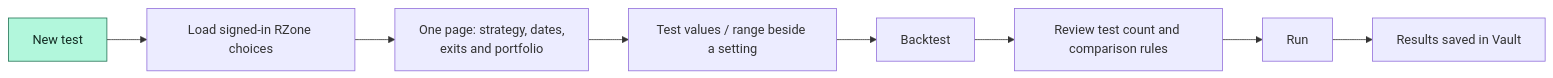
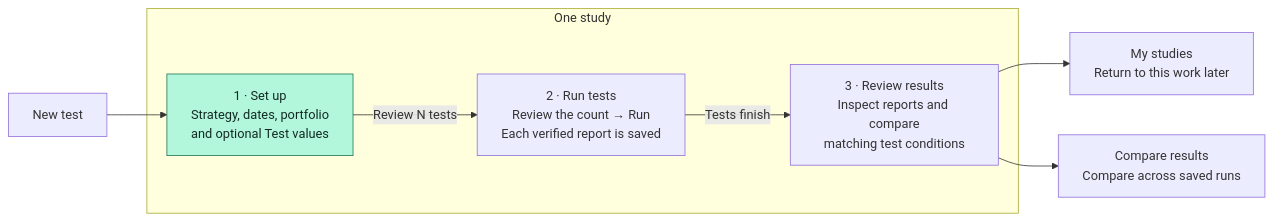
One commit to mamamiya7/backtest-vault changed the first of 16 diagrams in README.md. Above: the diagram before and after it, drawn with Mermaid. The commit also changed other lines of this file and 18 other files, not shown here.

Commit message:
Guide studies through setup, testing and results

````diff
--- a/README.md
+++ b/README.md
@@ -24,11 +24,14 @@
 ```mermaid
 flowchart LR
-    A["New test"] --> B["Load signed-in RZone choices"]
-    B --> C["One page: strategy, dates,<br/>exits and portfolio"]
-    C --> D["Test values / range beside a setting"]
-    D --> E["Backtest"]
-    E --> F["Review test count and comparison rules"]
-    F --> G["Run"]
-    G --> H["Results saved in Vault"]
+    N["New test"] --> A
+    subgraph Study["One study"]
+      A["1 · Set up<br/>Strategy, dates, portfolio<br/>and optional Test values"]
+      B["2 · Run tests<br/>Review the count → Run<br/>Each verified report is saved"]
+      C["3 · Review results<br/>Inspect reports and compare<br/>matching test conditions"]
+      A -->|"Review N tests"| B
+      B -->|"Tests finish"| C
+    end
+    C --> M["My studies<br/>Return to this work later"]
+    C --> R["Compare results<br/>Compare across saved runs"]
     style A fill:#b2f7dc,stroke:#247456,color:#122b22
 ```
````
